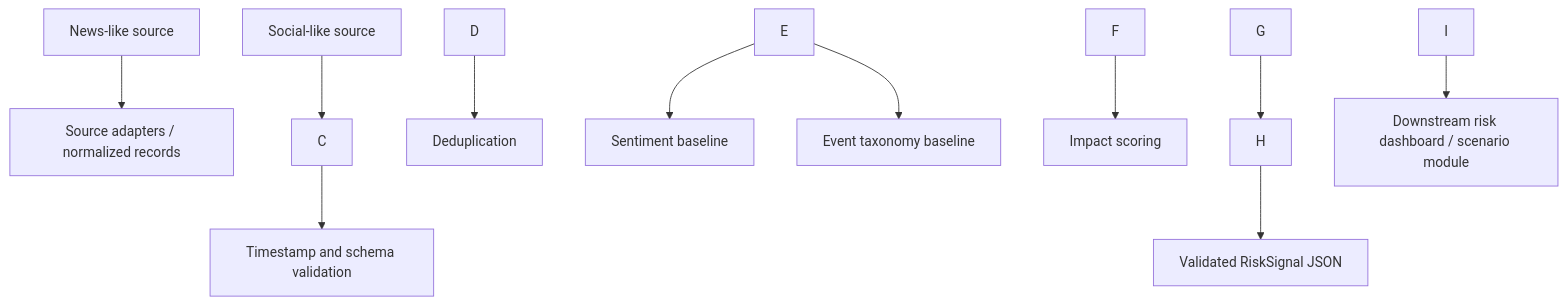
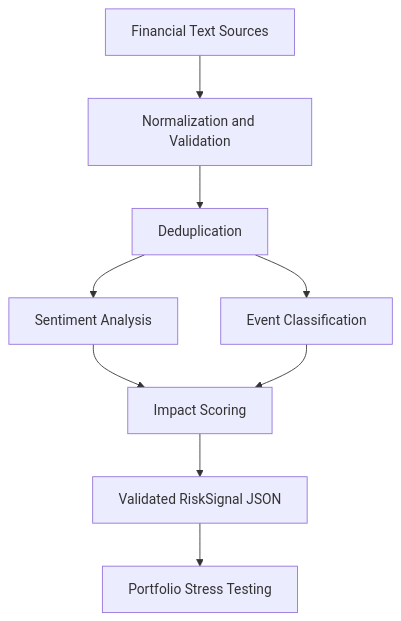
The diagram in README.md (Tannu-Deswal/IGDTUW-TannuDeswal-hackathon), drawn with Mermaid before and after one commit. The commit also changed other lines of this file, not shown here.

````diff
--- a/README.md
+++ b/README.md
@@ -13,13 +15,11 @@
 ```mermaid
 flowchart TD
-  A\[News-like source] --> C\[Source adapters / normalized records]
-  B\[Social-like source] --> C
-  C --> D\[Timestamp and schema validation]
-  D --> E\[Deduplication]
-  E --> F\[Sentiment baseline]
-  E --> G\[Event taxonomy baseline]
-  F --> H\[Impact scoring]
-  G --> H
-  H --> I\[Validated RiskSignal JSON]
-  I --> J\[Downstream risk dashboard / scenario module]
+    A["Financial Text Sources"] --> B["Normalization and Validation"]
+    B --> C["Deduplication"]
+    C --> D["Sentiment Analysis"]
+    C --> E["Event Classification"]
+    D --> F["Impact Scoring"]
+    E --> F
+    F --> G["Validated RiskSignal JSON"]
+    G --> H["Portfolio Stress Testing"]
 ```
````
